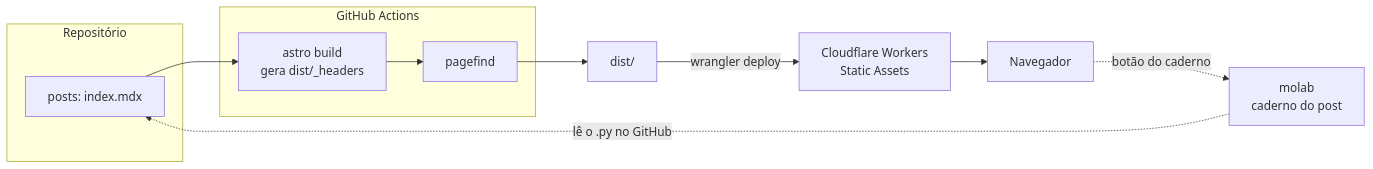
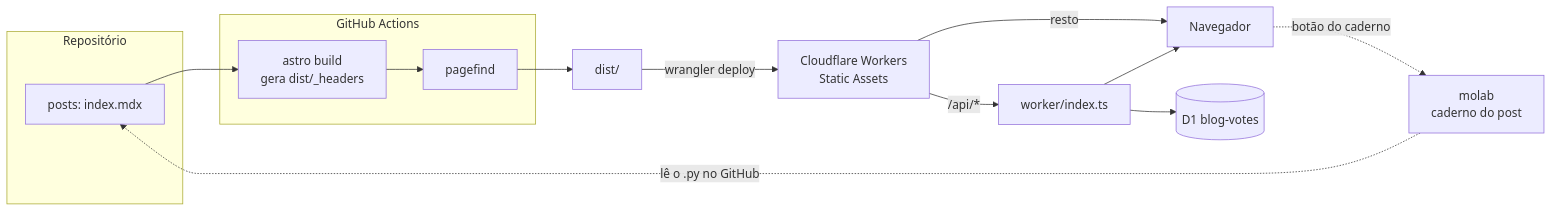
The diagram in specs/SPEC.md (Pedroknoll/blog_pedro-knoll), drawn with Mermaid before and after one commit. The commit also changed other lines of this file and 19 other files, not shown here.

````diff
--- a/specs/SPEC.md
+++ b/specs/SPEC.md
@@ -217,17 +217,20 @@
 ```mermaid
 flowchart LR
   subgraph repo["Repositório"]
     mdx["posts: index.mdx"]
   end
   subgraph ci["GitHub Actions"]
     ab["astro build<br/>gera dist/_headers"]
     pf["pagefind"]
   end
   mdx --> ab --> pf --> dist["dist/"]
   dist -- "wrangler deploy" --> cf["Cloudflare Workers<br/>Static Assets"]
-  cf --> br["Navegador"]
+  cf -->|"/api/*"| api["worker/index.ts"]
+  cf -->|"resto"| br["Navegador"]
+  api --> br
+  api --> d1[("D1 blog-votes")]
   molab["molab<br/>caderno do post"]
   br -. "botão do caderno" .-> molab
   molab -. "lê o .py no GitHub" .-> mdx
 
 ```
````
